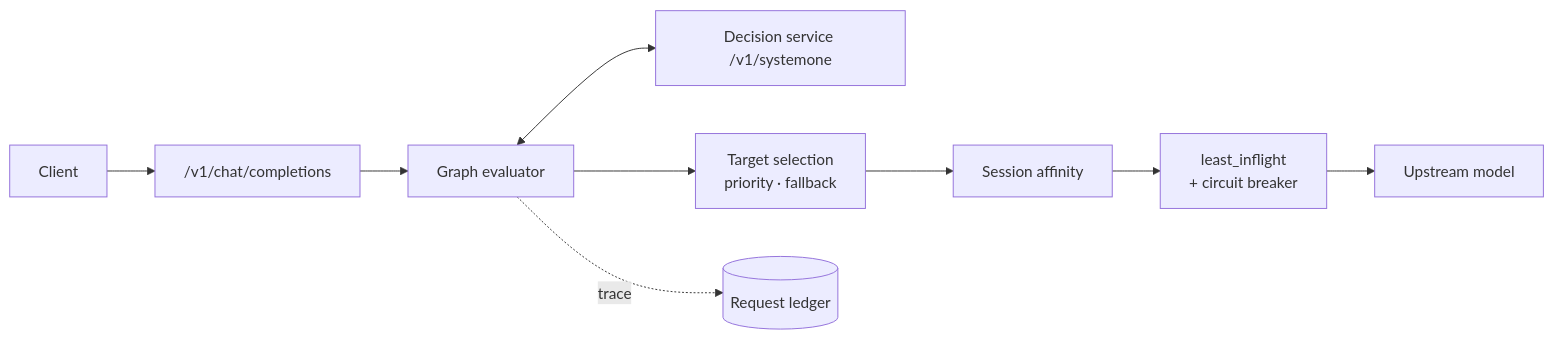
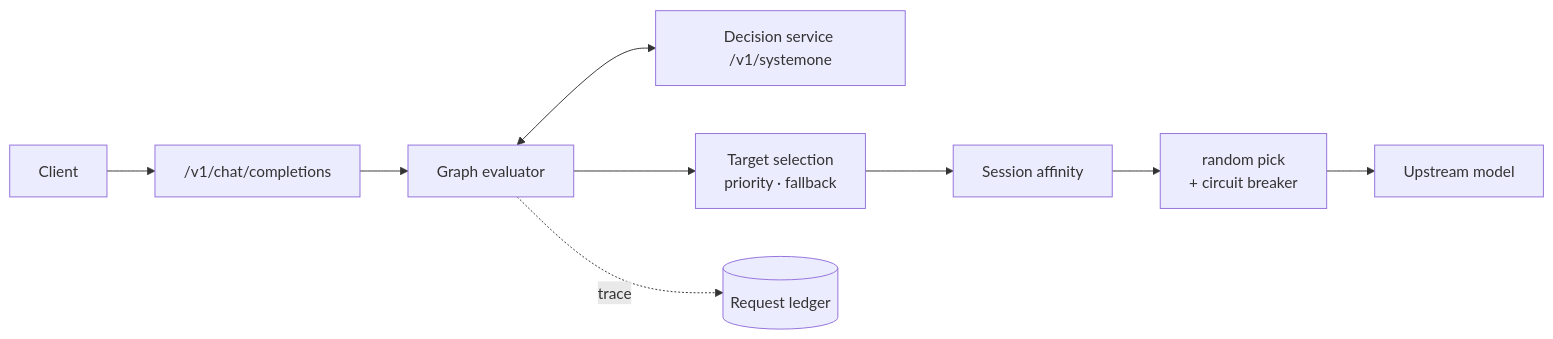
Before and after one commit to Wayfinder-one/RoutePilot: the diagram in README.md, drawn with Mermaid. The commit also changed other lines of this file and 27 other files, not shown here.

First line of the commit message:
feat(routing): random multi-model selection; document API and graph spec

````diff
--- a/README.md
+++ b/README.md
@@ -27,11 +27,11 @@
 ```mermaid
 flowchart LR
   C[Client] --> V["/v1/chat/completions"]
   V --> G[Graph evaluator]
   G <--> J["Decision service /v1/systemone"]
   G --> T["Target selection<br/>priority · fallback"]
   T --> A[Session affinity]
-  A --> L["least_inflight<br/>+ circuit breaker"]
+  A --> L["random pick<br/>+ circuit breaker"]
   L --> U[Upstream model]
   G -. trace .-> R[(Request ledger)]
 ```
````
